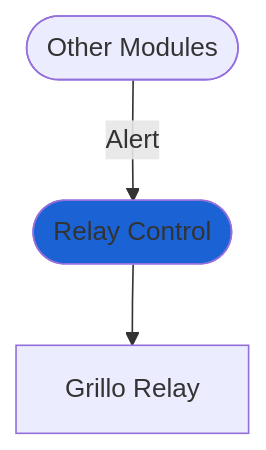
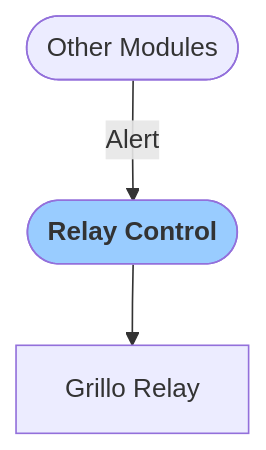
The diagram in docs/grillo-console/modules/alert modules/relay_control.md (grillo/grillo-docs), drawn with Mermaid before and after one commit. The commit also changed 38 other files, not shown here.

````diff
--- a/docs/grillo-console/modules/alert modules/relay_control.md
+++ b/docs/grillo-console/modules/alert modules/relay_control.md
@@ -13,5 +13,5 @@
 ```mermaid
 flowchart TB
-   B([Other Modules])-->|Alert| C([Relay Control]) --> D[Grillo Relay]
-   style C fill:#1b62d4
+   B([Other Modules])-->|Alert| C([<font color=333333><b>Relay Control</b>]) --> D[Grillo Relay]
+   style C fill:#99CCFF
 ```
````
